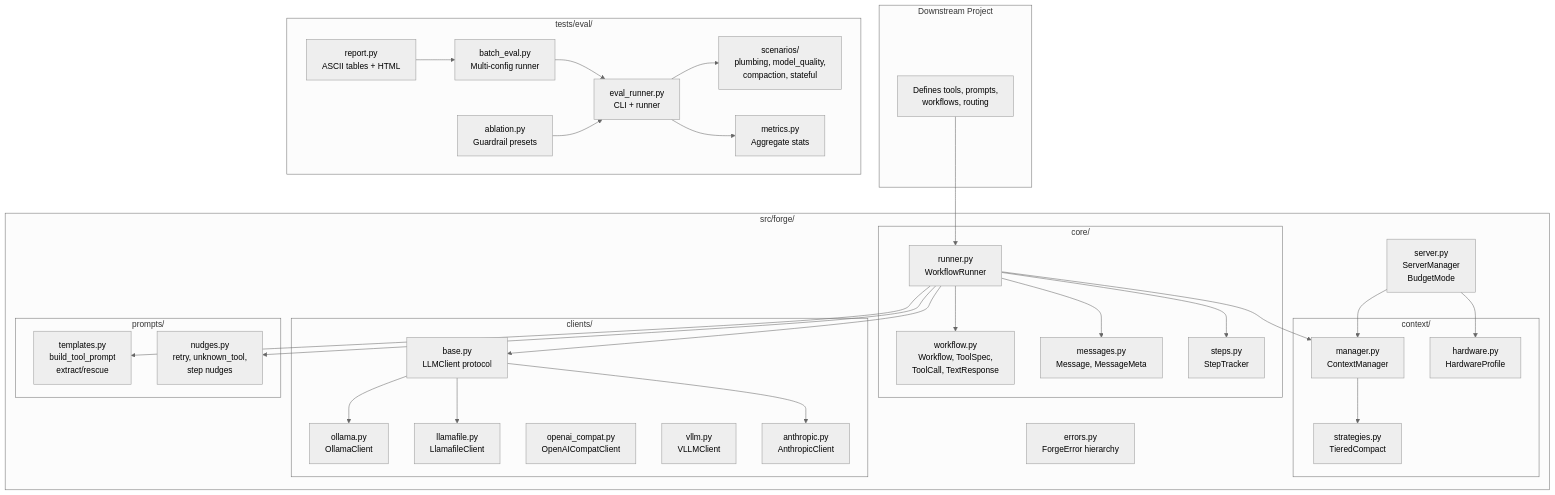
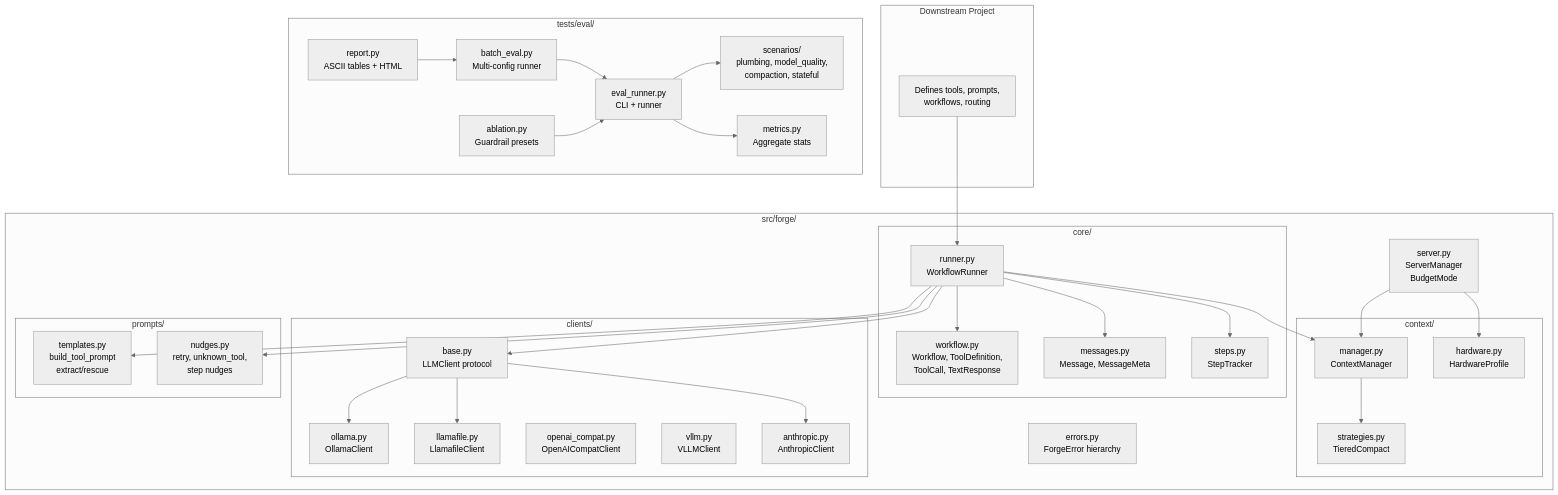
Before and after one commit to antoinezambelli/forge: the seventh of 7 diagrams in docs/WORKFLOW.md, drawn with Mermaid (neutral theme). The commit also changed other lines of this file and 54 other files, not shown here.

````diff
--- a/docs/WORKFLOW.md
+++ b/docs/WORKFLOW.md
@@ -377,67 +377,67 @@
 ```mermaid
 flowchart TB
     subgraph downstream["Downstream Project"]
         APP["Defines tools, prompts,<br/>workflows, routing"]
     end
 
     subgraph forge["src/forge/"]
         subgraph core["core/"]
             RUNNER["runner.py<br/>WorkflowRunner"]
-            WORKFLOW["workflow.py<br/>Workflow, ToolSpec,<br/>ToolCall, TextResponse"]
+            WORKFLOW["workflow.py<br/>Workflow, ToolDefinition,<br/>ToolCall, TextResponse"]
             MESSAGES["messages.py<br/>Message, MessageMeta"]
             STEPTRACK["steps.py<br/>StepTracker"]
         end
 
         subgraph context["context/"]
             CTX_MGR["manager.py<br/>ContextManager"]
             STRATS["strategies.py<br/>TieredCompact"]
             HW["hardware.py<br/>HardwareProfile"]
         end
 
         subgraph clients["clients/"]
             BASE["base.py<br/>LLMClient protocol"]
             OLLAMA["ollama.py<br/>OllamaClient"]
             LLAMAFILE["llamafile.py<br/>LlamafileClient"]
             OPENAI_COMPAT["openai_compat.py<br/>OpenAICompatClient"]
             VLLM["vllm.py<br/>VLLMClient"]
             ANTHROPIC["anthropic.py<br/>AnthropicClient"]
         end
 
         subgraph prompts["prompts/"]
             TEMPLATES["templates.py<br/>build_tool_prompt<br/>extract/rescue"]
             NUDGES["nudges.py<br/>retry, unknown_tool,<br/>step nudges"]
         end
 
         SERVER["server.py<br/>ServerManager<br/>BudgetMode"]
         ERRORS["errors.py<br/>ForgeError hierarchy"]
     end
 
     subgraph eval["tests/eval/"]
         SCENARIOS["scenarios/<br/>plumbing, model_quality,<br/>compaction, stateful"]
         EVAL_RUN["eval_runner.py<br/>CLI + runner"]
         METRICS["metrics.py<br/>Aggregate stats"]
         BATCH["batch_eval.py<br/>Multi-config runner"]
         REPORT["report.py<br/>ASCII tables + HTML"]
         ABLATION["ablation.py<br/>Guardrail presets"]
     end
 
     APP --> RUNNER
     RUNNER --> WORKFLOW
     RUNNER --> MESSAGES
     RUNNER --> STEPTRACK
     RUNNER --> CTX_MGR
     RUNNER --> BASE
     RUNNER --> NUDGES
     RUNNER --> TEMPLATES
     CTX_MGR --> STRATS
     SERVER --> HW
     SERVER --> CTX_MGR
     BASE --> OLLAMA
     BASE --> LLAMAFILE
     BASE --> ANTHROPIC
     EVAL_RUN --> SCENARIOS
     EVAL_RUN --> METRICS
     BATCH --> EVAL_RUN
     REPORT --> BATCH
     ABLATION --> EVAL_RUN
 ```
````
